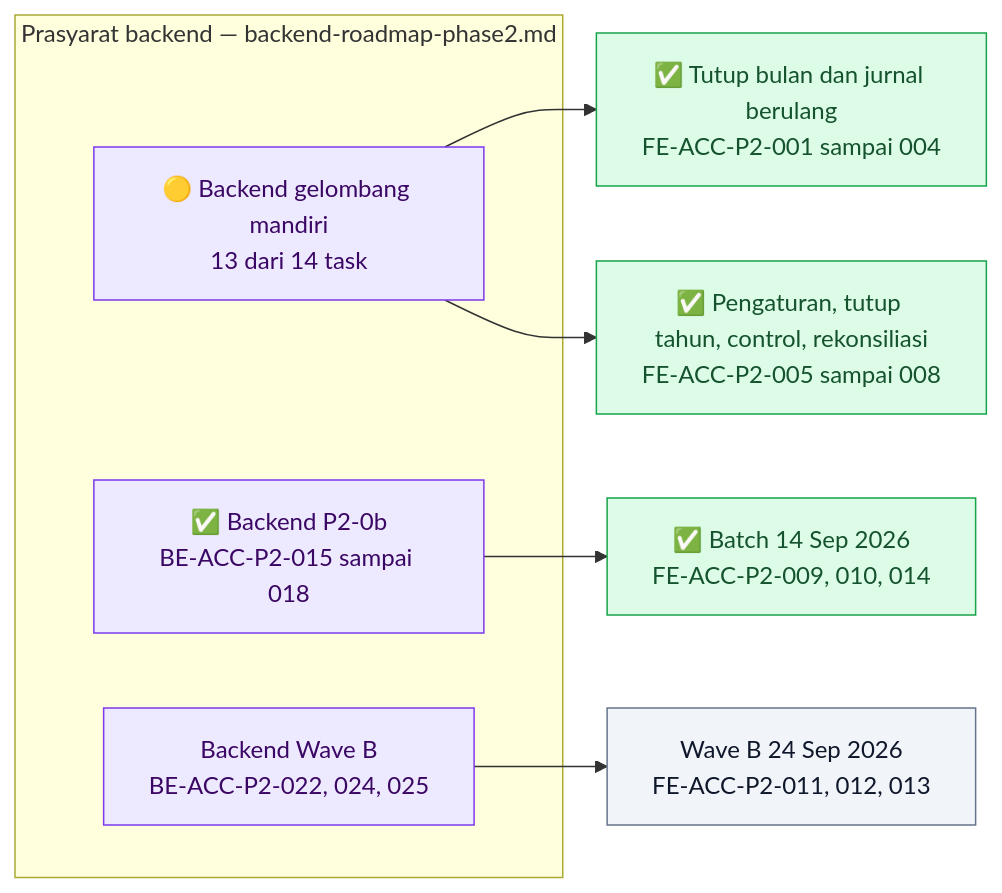
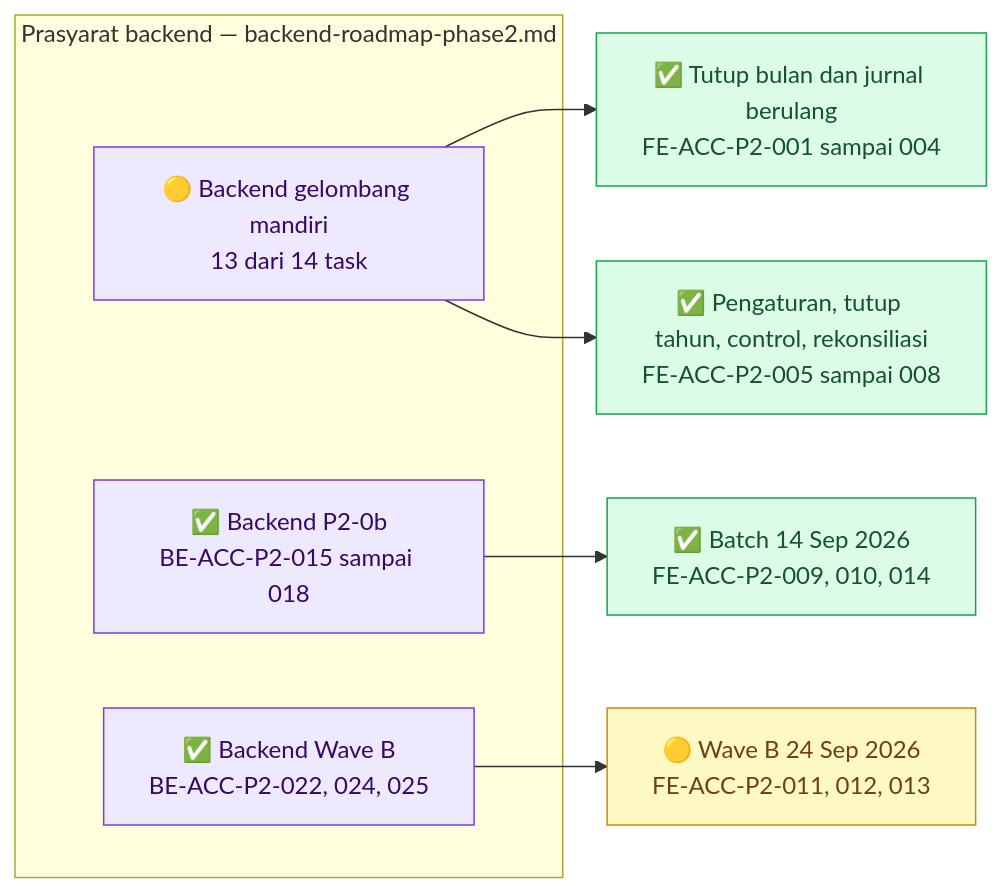
One commit to DevBenari/NewQuilvianSystemBackend changed the first of 5 diagrams in docs/module-blueprints/accounting/roadmap/frontend-roadmap-phase2.md. Above: the diagram before and after it, drawn with Mermaid. The commit also changed other lines of this file and 19 other files, not shown here.

````diff
--- a/docs/module-blueprints/accounting/roadmap/frontend-roadmap-phase2.md
+++ b/docs/module-blueprints/accounting/roadmap/frontend-roadmap-phase2.md
@@ -41,24 +41,24 @@
 ```mermaid
 flowchart LR
     classDef selesai fill:#DCFCE7,stroke:#16A34A,color:#14532D
     classDef sebagian fill:#FEF9C3,stroke:#CA8A04,color:#713F12
     classDef terblokir fill:#FEE2E2,stroke:#DC2626,color:#7F1D1D
     classDef belum fill:#F1F5F9,stroke:#64748B,color:#0F172A
     classDef luar fill:#EDE9FE,stroke:#7C3AED,color:#3B0764
 
     subgraph backend["Prasyarat backend — backend-roadmap-phase2.md"]
         BMANDIRI["🟡 Backend gelombang mandiri<br/>13 dari 14 task"]:::luar
         BP20B["✅ Backend P2-0b<br/>BE-ACC-P2-015 sampai 018"]:::luar
-        BWAVEB["Backend Wave B<br/>BE-ACC-P2-022, 024, 025"]:::luar
+        BWAVEB["✅ Backend Wave B<br/>BE-ACC-P2-022, 024, 025"]:::luar
     end
 
     FTUTUP["✅ Tutup bulan dan jurnal berulang<br/>FE-ACC-P2-001 sampai 004"]:::selesai
     FLAIN["✅ Pengaturan, tutup tahun, control, rekonsiliasi<br/>FE-ACC-P2-005 sampai 008"]:::selesai
     FBATCH["✅ Batch 14 Sep 2026<br/>FE-ACC-P2-009, 010, 014"]:::selesai
-    FWAVEB["Wave B 24 Sep 2026<br/>FE-ACC-P2-011, 012, 013"]:::belum
+    FWAVEB["🟡 Wave B 24 Sep 2026<br/>FE-ACC-P2-011, 012, 013"]:::sebagian
 
     BMANDIRI --> FTUTUP
     BMANDIRI --> FLAIN
     BP20B --> FBATCH
     BWAVEB --> FWAVEB
 ```
````
